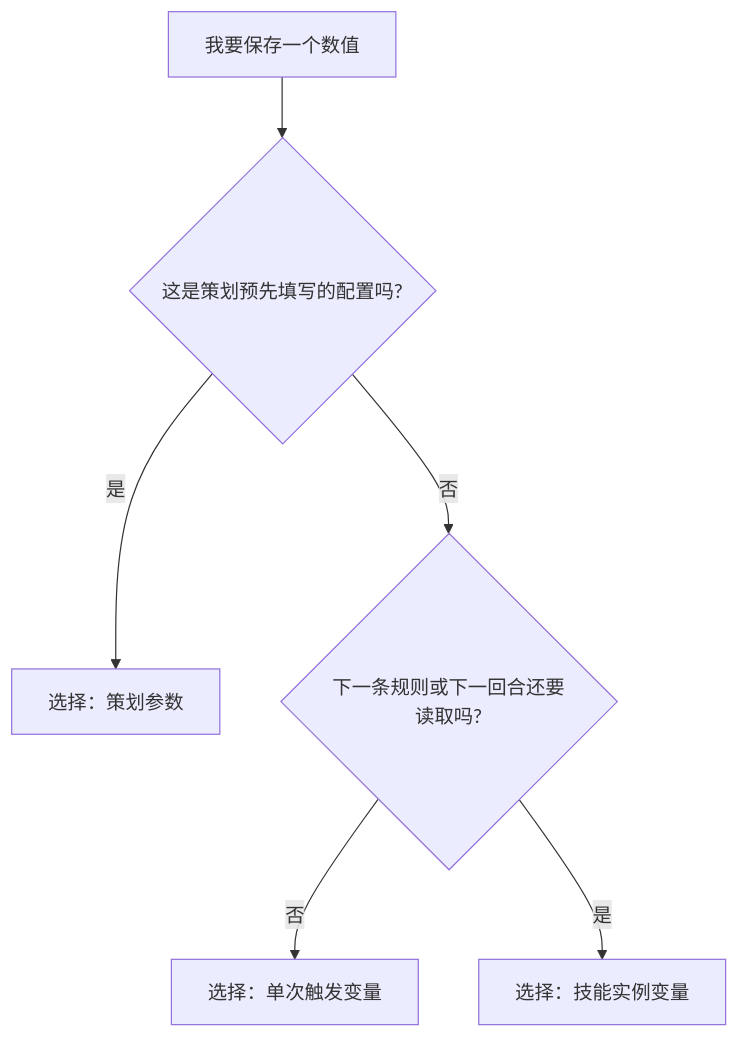
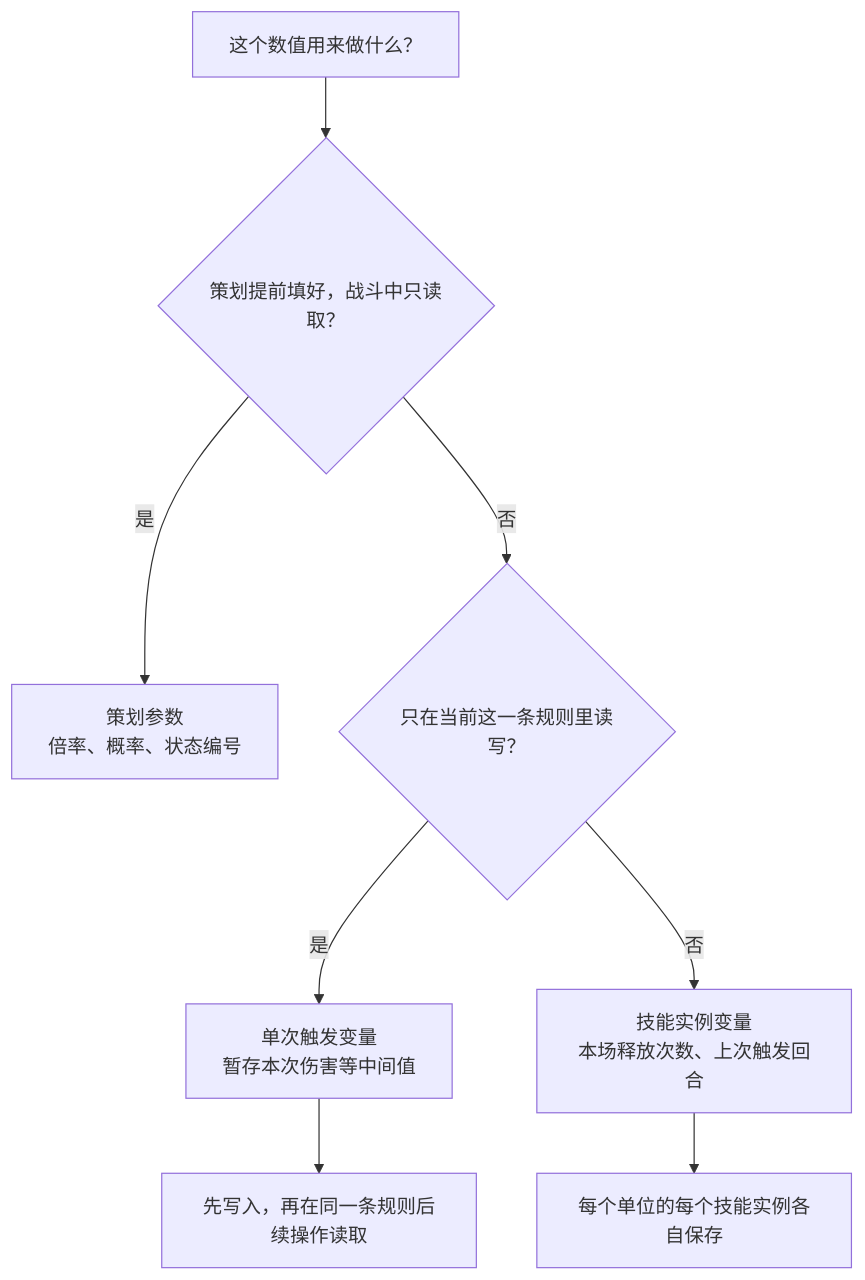
The fourth of 13 diagrams in Packages/LxyGame/LxyGame.Logic/Documentation~/TurnBasedSkillAuthoringGuide.md (liuxiuyang0926-bit/LxyProject), drawn with Mermaid before and after one commit. The commit also changed other lines of this file and 45 other files, not shown here.

````diff
--- a/Packages/LxyGame/LxyGame.Logic/Documentation~/TurnBasedSkillAuthoringGuide.md
+++ b/Packages/LxyGame/LxyGame.Logic/Documentation~/TurnBasedSkillAuthoringGuide.md
@@ -159,8 +216,10 @@
-```mermaid
+~~~mermaid
 flowchart TD
-    A[我要保存一个数值] --> B{这是策划预先填写的配置吗?}
-    B -- 是 --> C[选择：策划参数]
-    B -- 否 --> D{下一条规则或下一回合还要读取吗?}
-    D -- 否 --> E[选择：单次触发变量]
-    D -- 是 --> F[选择：技能实例变量]
-```
+    A["这个数值用来做什么？"] --> B{"策划提前填好，战斗中只读取？"}
+    B -- 是 --> C["策划参数<br/>倍率、概率、状态编号"]
+    B -- 否 --> D{"只在当前这一条规则里读写？"}
+    D -- 是 --> E["单次触发变量<br/>暂存本次伤害等中间值"]
+    D -- 否 --> F["技能实例变量<br/>本场释放次数、上次触发回合"]
+    E --> G["先写入，再在同一条规则后续操作读取"]
+    F --> H["每个单位的每个技能实例各自保存"]
+~~~
````
